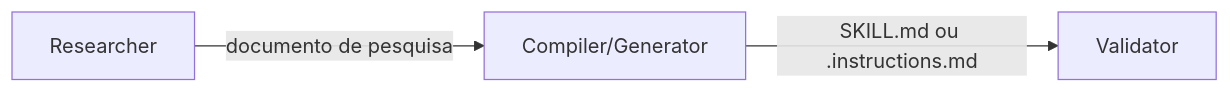
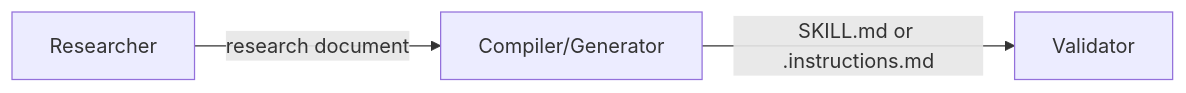
Before and after one commit to rodrigo-mendes/agents-factory: the diagram in docs/capacidades/prompts-pesquisa.md, drawn with Mermaid. The commit also changed other lines of this file and 70 other files, not shown here.

````diff
--- a/docs/capacidades/prompts-pesquisa.md
+++ b/docs/capacidades/prompts-pesquisa.md
@@ -262,5 +262,5 @@
 ```mermaid
 graph LR
-    R[Researcher] -->|documento de pesquisa| C[Compiler/Generator]
-    C -->|SKILL.md ou .instructions.md| V[Validator]
+    R[Researcher] -->|research document| C[Compiler/Generator]
+    C -->|SKILL.md or .instructions.md| V[Validator]
 ```
````
